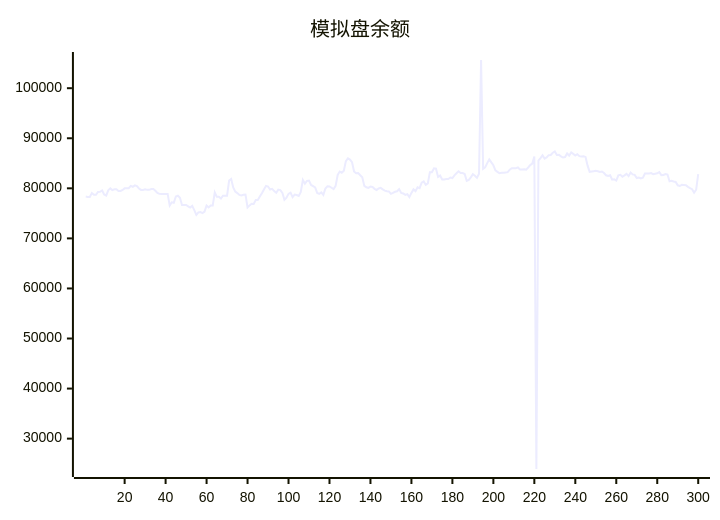
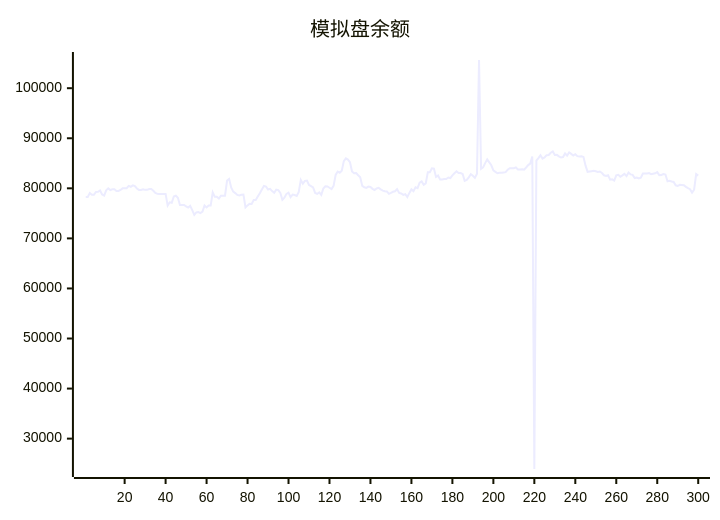
Before and after one commit to aahl/ai-trading: the diagram in README.md, drawn with Mermaid. The commit also changed other lines of this file and 1 other file, not shown here.

````diff
--- a/README.md
+++ b/README.md
@@ -5,5 +5,5 @@
 ```mermaid
 xychart
     title "模拟盘余额"
-    line [78358,78284,78277,79048,78714,78714,79290,79308,79567,78763,78563,79603,79988,79652,79813,79813,79476,79469,79673,79995,80015,80015,80486,80314,80600,80436,79966,79689,79689,79819,79692,79692,79850,79850,79518,79071,78889,78850,78850,78878,78878,76554,77202,77103,78357,78510,78106,76678,76677,76672,76411,76159,76485,75656,74695,75197,75246,75052,75334,76564,76179,76553,76551,79196,78300,78300,77944,78531,78531,78521,81564,81884,80160,79335,79055,78675,78580,78708,78764,76179,76586,76902,76876,77658,77669,78346,79023,79769,80497,80366,79761,79896,79448,79126,79749,79658,79097,77695,78114,78888,79126,78249,78738,78653,78478,79271,81680,80923,81488,81527,80681,80455,80190,79084,78879,79193,78686,79954,80403,80374,80118,79848,80491,82665,83351,83098,83525,85430,85983,85737,85221,83378,83014,83043,82613,82216,80477,80208,80081,80348,80277,79894,79670,79965,80093,79786,79542,79406,79371,78893,79087,79304,79406,79841,79072,78978,78696,78846,78272,79085,79787,79442,80198,80031,81120,81379,80718,80985,83214,83212,83993,83921,82270,82547,81776,81776,81866,81866,82158,82061,82596,83000,83408,83041,83050,82858,81503,81691,82188,82812,82517,82092,82901,105633,83898,84180,85030,85781,85178,84604,83569,83298,83008,83093,83107,83175,83228,83729,84025,84017,84019,84177,83775,83762,83785,83738,84160,84639,84939,86370,23934,85548,86046,86599,85942,86161,86622,86664,87115,87369,86666,86685,86384,86152,86243,86969,86548,87164,86885,86566,86809,86427,86348,86417,86273,84538,83299,83369,83430,83490,83404,83270,83362,83056,82605,82459,82614,81734,81788,81551,82598,82702,82320,82580,82878,82426,83139,82778,82686,82056,82166,81963,82110,82951,82983,82984,83038,82838,82915,82998,83235,82642,82682,82858,82746,81396,81512,81362,81277,80600,80461,80699,80673,80616,80288,80038,79836,79142,79722,82837]
+    line [78284,78277,79048,78714,78714,79290,79308,79567,78763,78563,79603,79988,79652,79813,79813,79476,79469,79673,79995,80015,80015,80486,80314,80600,80436,79966,79689,79689,79819,79692,79692,79850,79850,79518,79071,78889,78850,78850,78878,78878,76554,77202,77103,78357,78510,78106,76678,76677,76672,76411,76159,76485,75656,74695,75197,75246,75052,75334,76564,76179,76553,76551,79196,78300,78300,77944,78531,78531,78521,81564,81884,80160,79335,79055,78675,78580,78708,78764,76179,76586,76902,76876,77658,77669,78346,79023,79769,80497,80366,79761,79896,79448,79126,79749,79658,79097,77695,78114,78888,79126,78249,78738,78653,78478,79271,81680,80923,81488,81527,80681,80455,80190,79084,78879,79193,78686,79954,80403,80374,80118,79848,80491,82665,83351,83098,83525,85430,85983,85737,85221,83378,83014,83043,82613,82216,80477,80208,80081,80348,80277,79894,79670,79965,80093,79786,79542,79406,79371,78893,79087,79304,79406,79841,79072,78978,78696,78846,78272,79085,79787,79442,80198,80031,81120,81379,80718,80985,83214,83212,83993,83921,82270,82547,81776,81776,81866,81866,82158,82061,82596,83000,83408,83041,83050,82858,81503,81691,82188,82812,82517,82092,82901,105633,83898,84180,85030,85781,85178,84604,83569,83298,83008,83093,83107,83175,83228,83729,84025,84017,84019,84177,83775,83762,83785,83738,84160,84639,84939,86370,23934,85548,86046,86599,85942,86161,86622,86664,87115,87369,86666,86685,86384,86152,86243,86969,86548,87164,86885,86566,86809,86427,86348,86417,86273,84538,83299,83369,83430,83490,83404,83270,83362,83056,82605,82459,82614,81734,81788,81551,82598,82702,82320,82580,82878,82426,83139,82778,82686,82056,82166,81963,82110,82951,82983,82984,83038,82838,82915,82998,83235,82642,82682,82858,82746,81396,81512,81362,81277,80600,80461,80699,80673,80616,80288,80038,79836,79142,79722,82837,82533]
 ```
````
